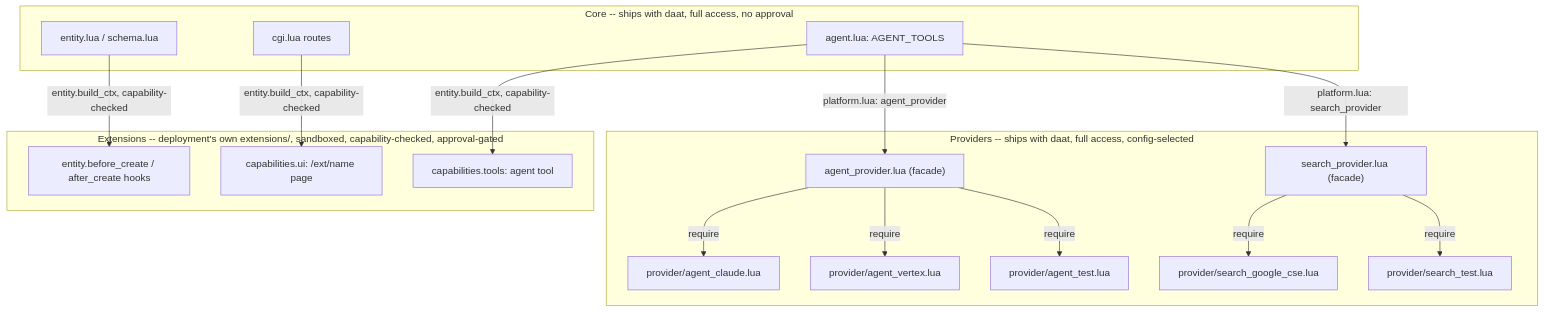
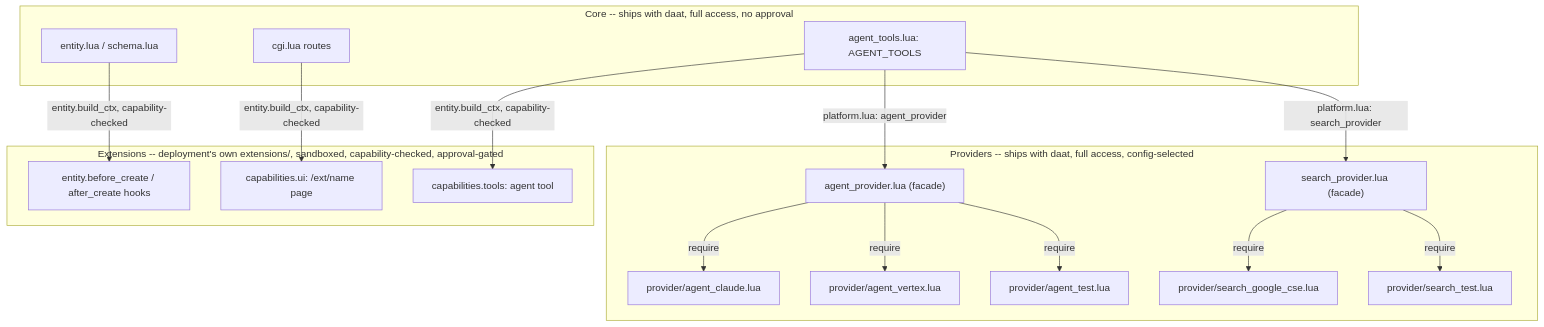
The diagram in doc/architecture.md (BenSiv/daat), drawn with Mermaid before and after one commit. The commit also changed other lines of this file, not shown here.

First line of the commit message:
Document three deliberate architecture tradeoffs as explicit decisions

````diff
--- a/doc/architecture.md
+++ b/doc/architecture.md
@@ -58,35 +58,35 @@
 ```mermaid
 graph TB
     subgraph core["Core -- ships with daat, full access, no approval"]
         cgi["cgi.lua routes"]
         entitylua["entity.lua / schema.lua"]
-        agenttools["agent.lua: AGENT_TOOLS"]
+        agenttools["agent_tools.lua: AGENT_TOOLS"]
     end
 
     subgraph providers["Providers -- ships with daat, full access, config-selected"]
         agentprovider["agent_provider.lua (facade)"]
         searchprovider["search_provider.lua (facade)"]
         agentclaude["provider/agent_claude.lua"]
         agentvertex["provider/agent_vertex.lua"]
         agenttest["provider/agent_test.lua"]
         searchgcse["provider/search_google_cse.lua"]
         searchtest["provider/search_test.lua"]
     end
 
     subgraph extensions["Extensions -- deployment's own extensions/, sandboxed, capability-checked, approval-gated"]
         hooks["entity.before_create / after_create hooks"]
         uiext["capabilities.ui: /ext/name page"]
         toolext["capabilities.tools: agent tool"]
     end
 
     agenttools -- "platform.lua: agent_provider" --> agentprovider
     agenttools -- "platform.lua: search_provider" --> searchprovider
     agentprovider -->|require| agentclaude
     agentprovider -->|require| agentvertex
     agentprovider -->|require| agenttest
     searchprovider -->|require| searchgcse
     searchprovider -->|require| searchtest
     entitylua -- "entity.build_ctx, capability-checked" --> hooks
     cgi -- "entity.build_ctx, capability-checked" --> uiext
     agenttools -- "entity.build_ctx, capability-checked" --> toolext
 ```
````
